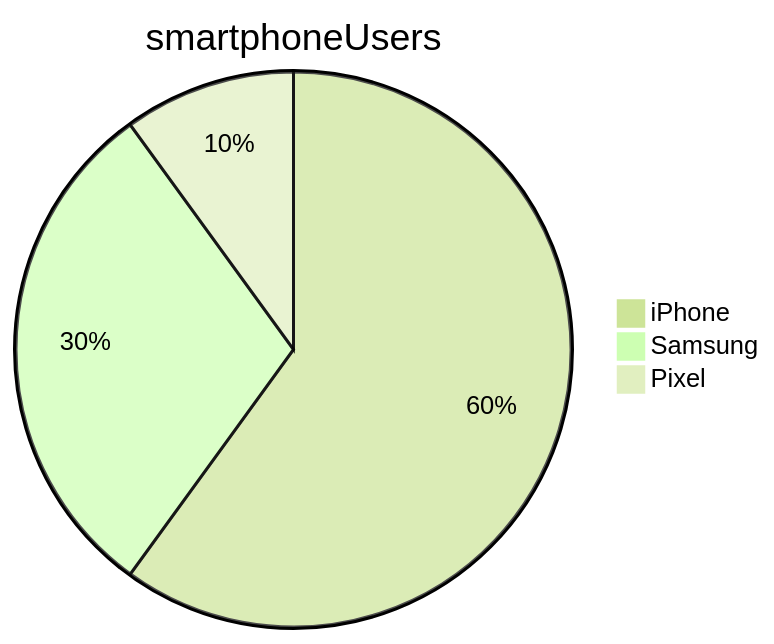
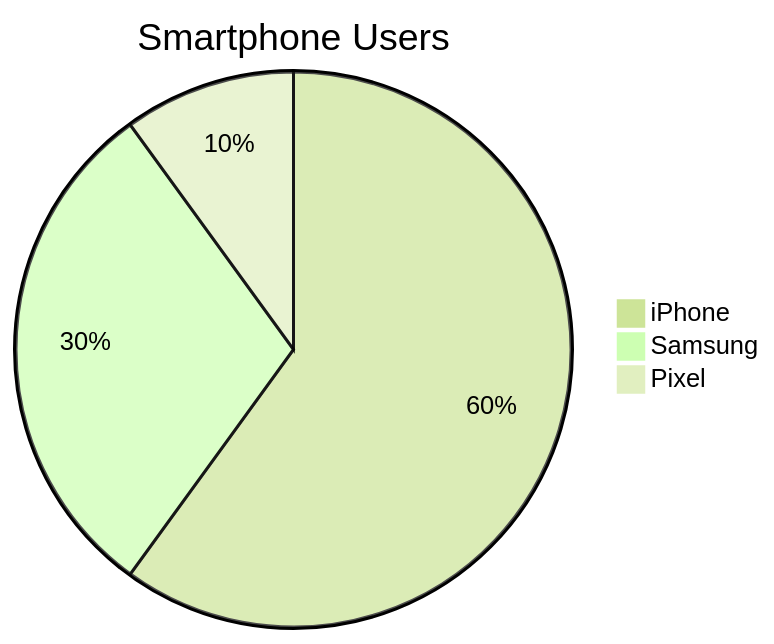
Before and after one commit to nathantwright/tech504_python: the diagram in learn_markdown/README.md, drawn with Mermaid (forest theme). The commit also changed other lines of this file and 3 other files, not shown here.

````diff
--- a/learn_markdown/README.md
+++ b/learn_markdown/README.md
@@ -89,6 +89,6 @@
 ```mermaid
-pie title smartphoneUsers
+pie title Smartphone Users
          "iPhone" : 60
          "Samsung" : 30
          "Pixel" :10
 ```
````
